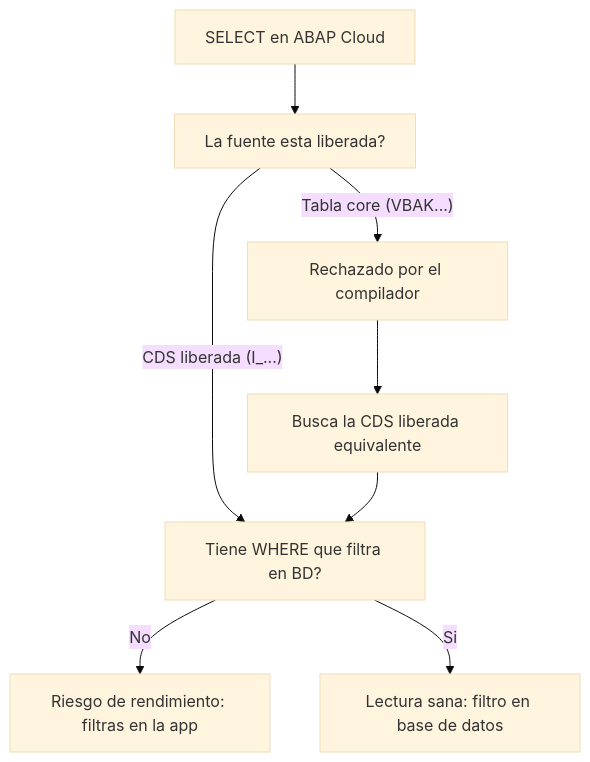
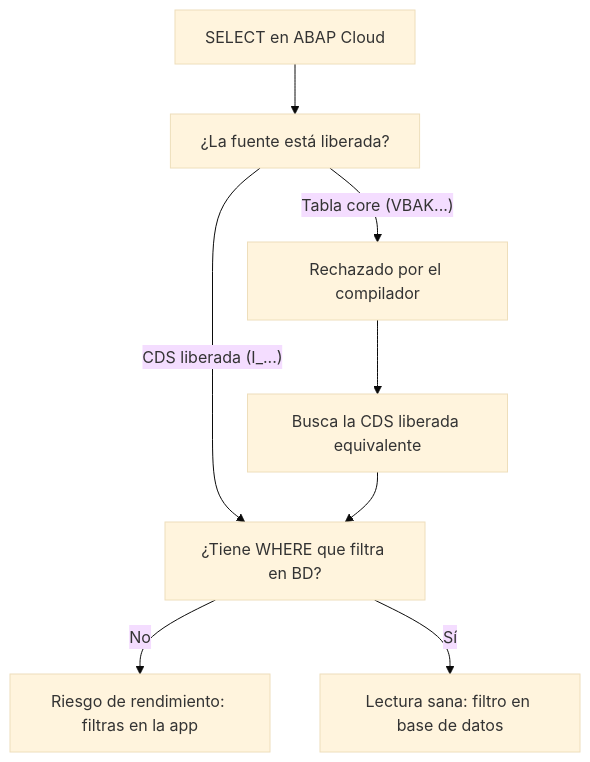
One commit to logalitech/blog-content changed the diagram in es/abap-cloud-sql.mdx. Above: the diagram before and after it, drawn with Mermaid (base theme). The commit also changed other lines of this file and 49 other files, not shown here.

````diff
--- a/es/abap-cloud-sql.mdx
+++ b/es/abap-cloud-sql.mdx
@@ -33,10 +33,10 @@
 ```mermaid
 flowchart TD
- A["SELECT en ABAP Cloud"] --> B["La fuente esta liberada?"]
+ A["SELECT en ABAP Cloud"] --> B["¿La fuente está liberada?"]
  B -->|"Tabla core (VBAK...)"| C["Rechazado por el compilador"]
- B -->|"CDS liberada (I_...)"| D["Tiene WHERE que filtra en BD?"]
+ B -->|"CDS liberada (I_...)"| D["¿Tiene WHERE que filtra en BD?"]
  D -->|No| E["Riesgo de rendimiento: filtras en la app"]
- D -->|Si| F["Lectura sana: filtro en base de datos"]
+ D -->|Sí| F["Lectura sana: filtro en base de datos"]
  C --> G["Busca la CDS liberada equivalente"]
  G --> D
 ```
````
